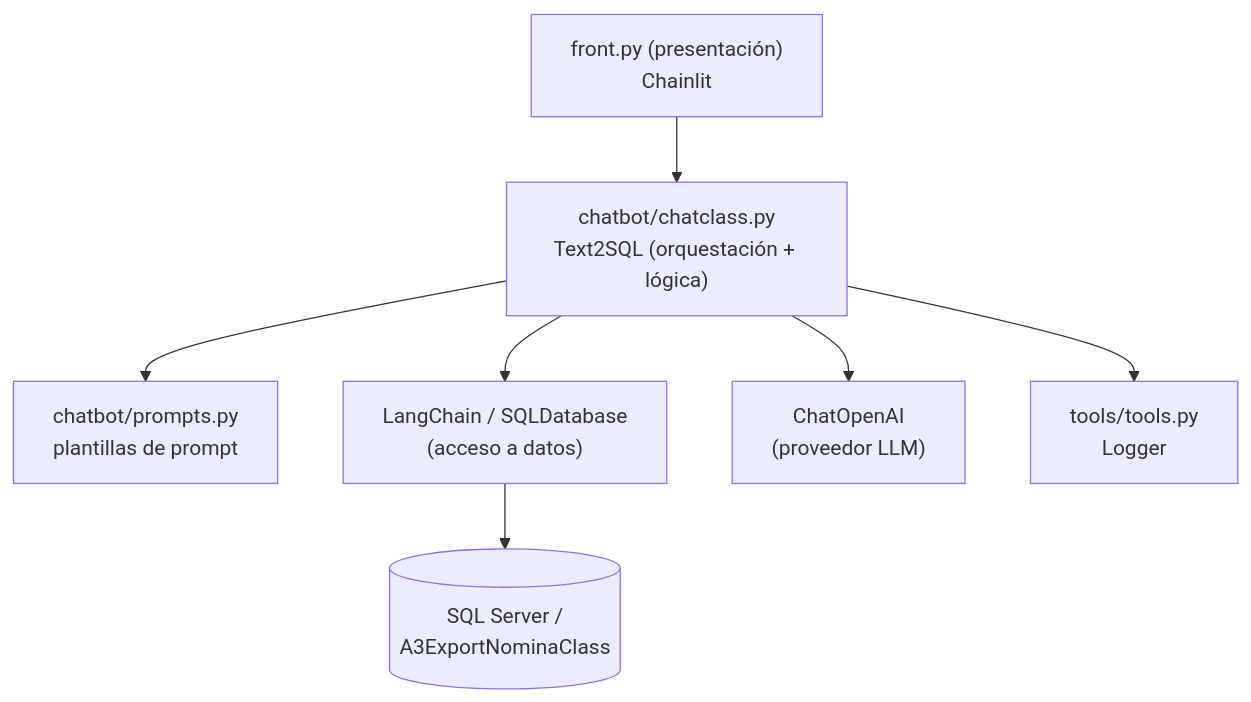
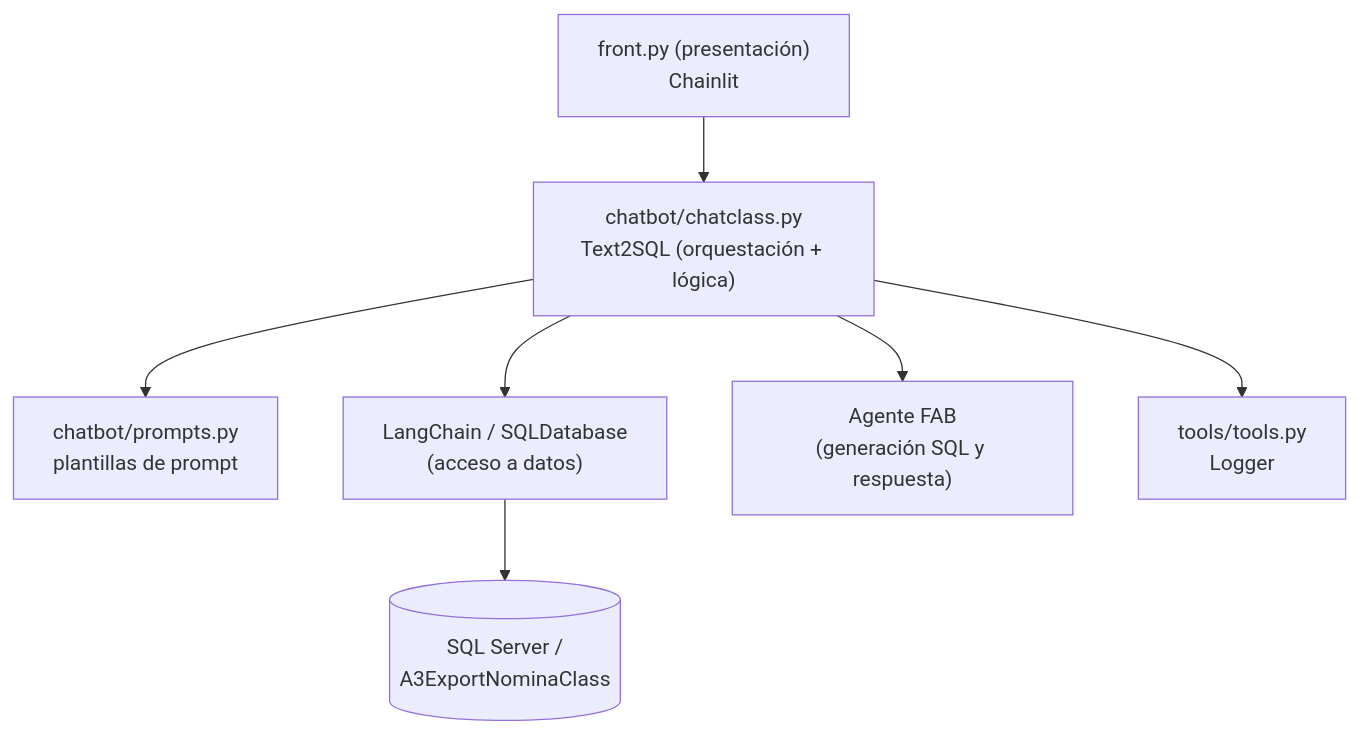
The diagram in README.md (biomacam/text2sql-agent), drawn with Mermaid before and after one commit. The commit also changed other lines of this file and 9 other files, not shown here.

````diff
--- a/README.md
+++ b/README.md
@@ -142,9 +142,9 @@
 ```mermaid
 graph TD
     A["front.py (presentación)<br/>Chainlit"] --> B["chatbot/chatclass.py<br/>Text2SQL (orquestación + lógica)"]
     B --> C["chatbot/prompts.py<br/>plantillas de prompt"]
     B --> D["LangChain / SQLDatabase<br/>(acceso a datos)"]
-    B --> E["ChatOpenAI<br/>(proveedor LLM)"]
+    B --> E["Agente FAB<br/>(generación SQL y respuesta)"]
     B --> F["tools/tools.py<br/>Logger"]
     D --> G[("SQL Server /<br/>A3ExportNominaClass")]
 ```
````
